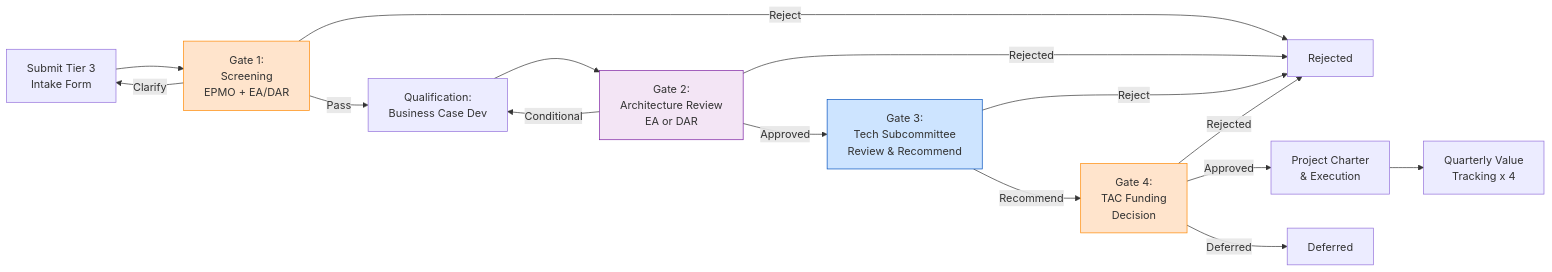
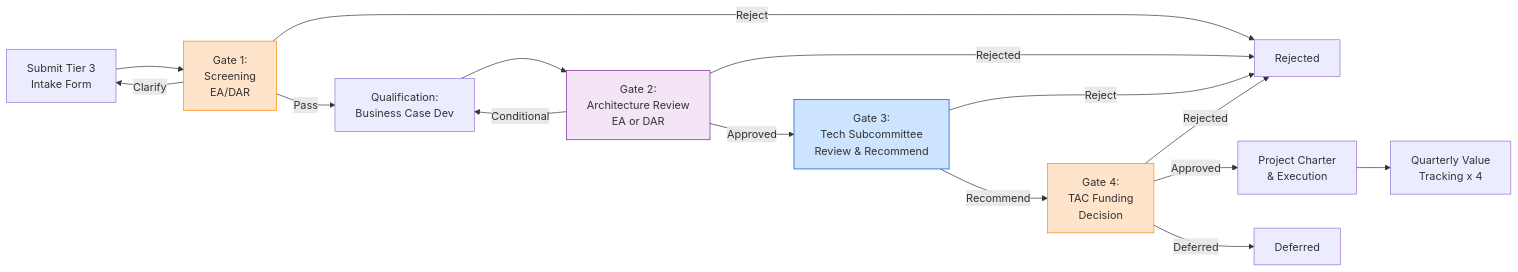
One commit to atomicx6637/ba-architecture changed the fourth of 7 diagrams in ea-demand-management-program.md. Above: the diagram before and after it, drawn with Mermaid. The commit also changed other lines of this file, not shown here.

````diff
--- a/ea-demand-management-program.md
+++ b/ea-demand-management-program.md
@@ -1969,22 +1970,22 @@
 ```mermaid
 flowchart LR
-    A[Submit Tier 3<br/>Intake Form] --> B[Gate 1:<br/>Screening<br/>EPMO + EA/DAR]
+    A[Submit Tier 3<br/>Intake Form] --> B[Gate 1:<br/>Screening<br/>EA/DAR]
     B -->|Pass| C[Qualification:<br/>Business Case Dev]
     B -->|Clarify| A
     B -->|Reject| Z1[Rejected]
     C --> D[Gate 2:<br/>Architecture Review<br/>EA or DAR]
     D -->|Approved| E[Gate 3:<br/>Tech Subcommittee<br/>Review & Recommend]
     D -->|Conditional| C
     D -->|Rejected| Z1
     E -->|Recommend| F[Gate 4:<br/>TAC Funding<br/>Decision]
     E -->|Reject| Z1
     F -->|Approved| G[Project Charter<br/>& Execution]
     F -->|Deferred| Z2[Deferred]
     F -->|Rejected| Z1
     G --> H[Quarterly Value<br/>Tracking x 4]
 
     style B fill:#ffe4cc,stroke:#ff8800
     style D fill:#f3e5f5,stroke:#7b1fa2
     style E fill:#cde4ff,stroke:#0050be
     style F fill:#ffe4cc,stroke:#ff8800
 ```
````
